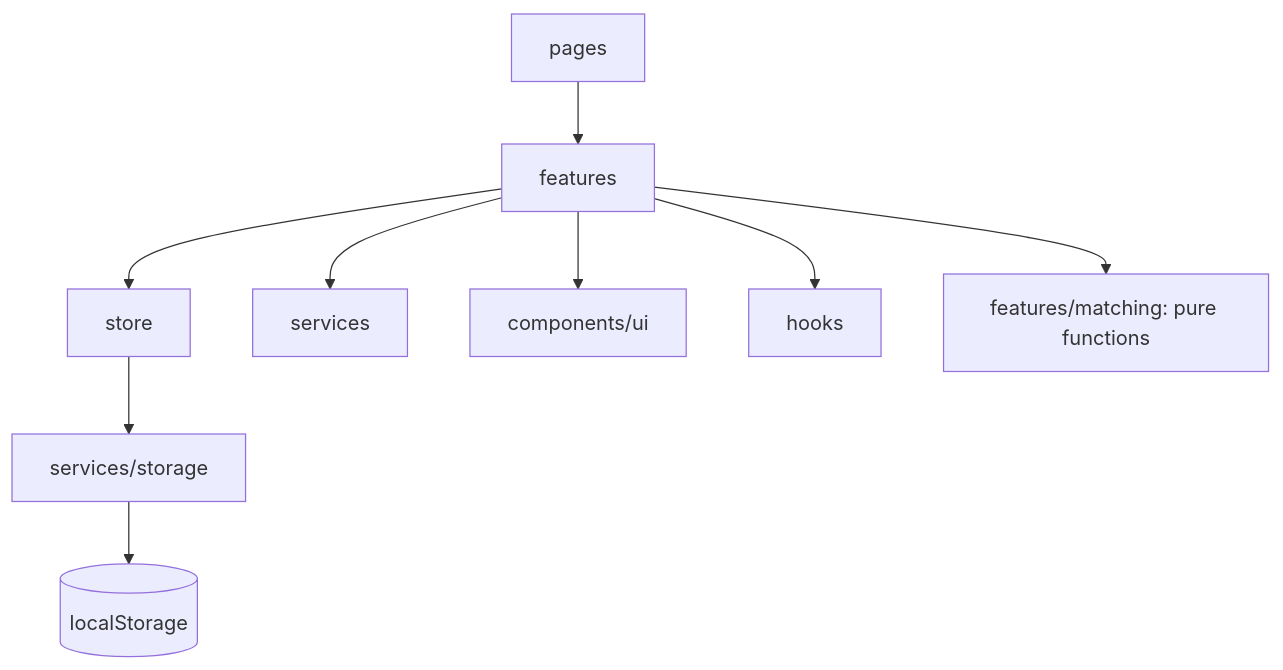
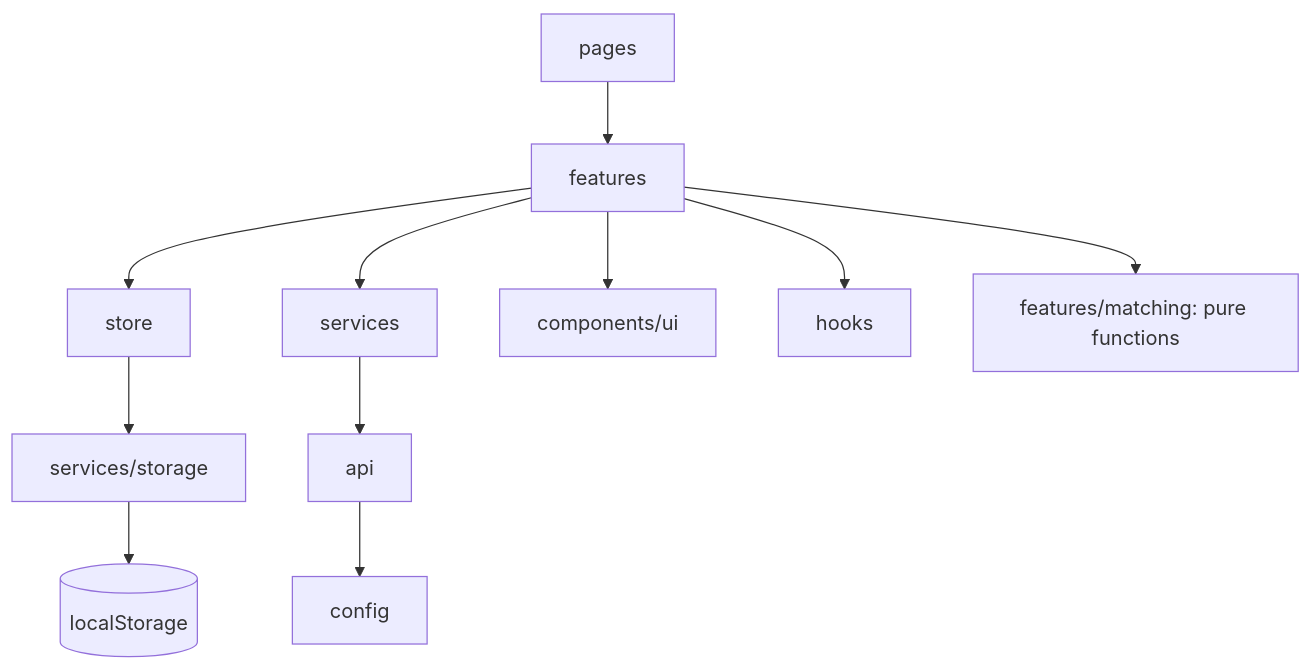
Before and after one commit to visheshpandey/Vidyaan: the diagram in docs/ARCHITECTURE.md, drawn with Mermaid. The commit also changed other lines of this file and 44 other files, not shown here.

Commit message:
refactor: extract page logic into feature modules, add env config and API layer, harden error handling, update docs

````diff
--- a/docs/ARCHITECTURE.md
+++ b/docs/ARCHITECTURE.md
@@ -7,11 +43,13 @@
 ```mermaid
 flowchart TD
   pages --> features
   features --> store
   features --> services
   features --> ui[components/ui]
   features --> hooks
   store --> storage[services/storage]
   storage --> ls[(localStorage)]
+  services --> api
+  api --> config
   features --> matching[features/matching: pure functions]
 ```
````
